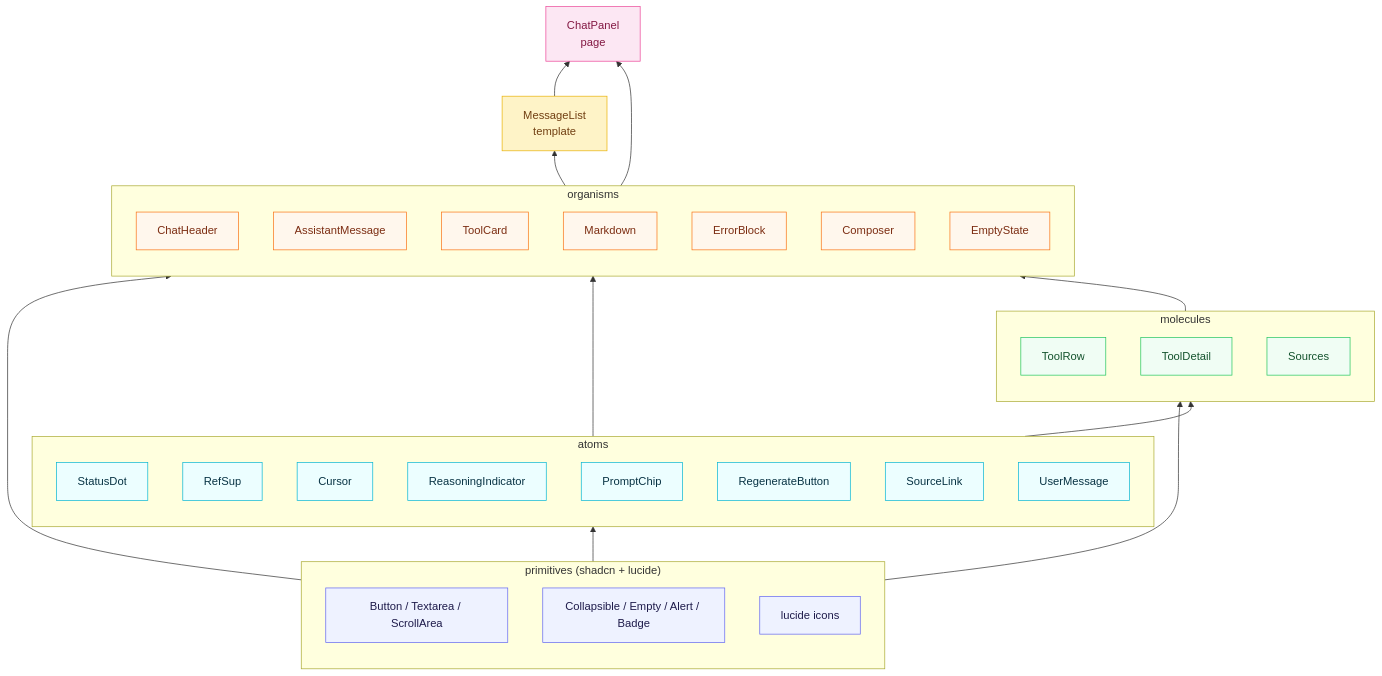
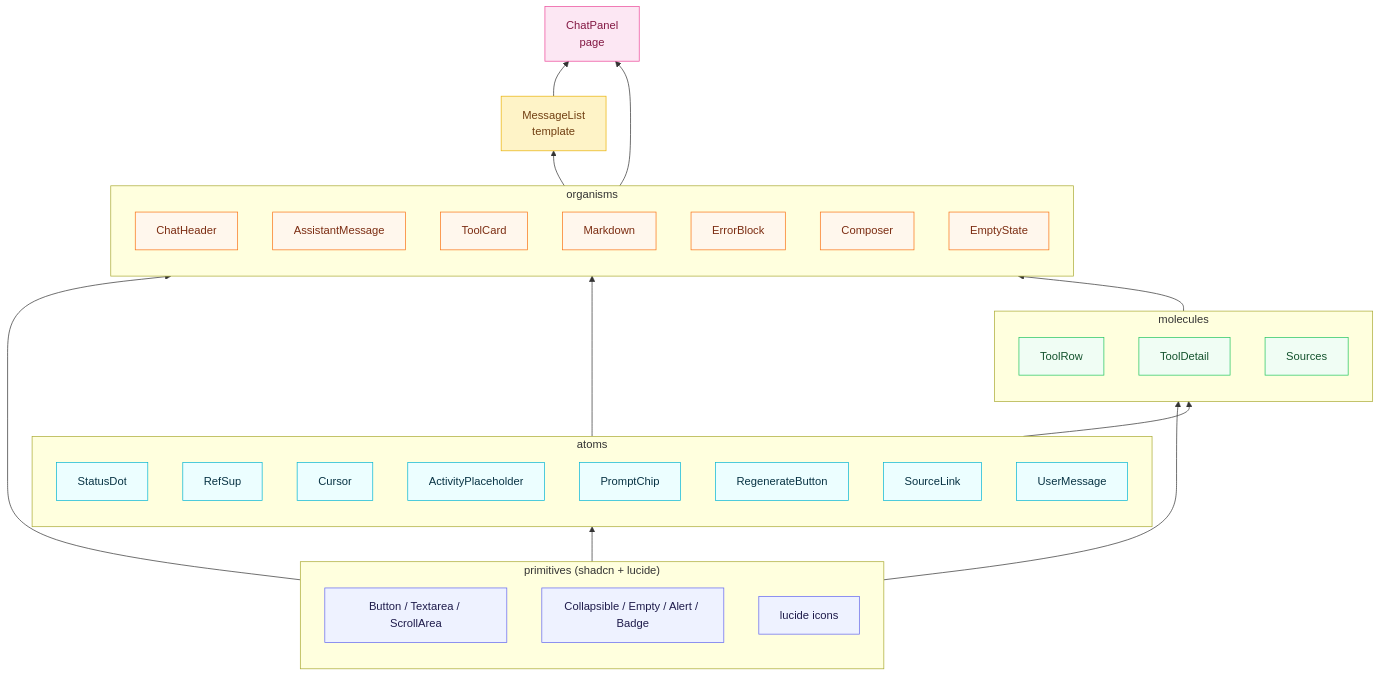
Before and after one commit to wei-yiting/fin-lab-x: the first of 4 diagrams in docs/frontend_chat_architecture.md, drawn with Mermaid. The commit also changed other lines of this file and 39 other files, not shown here.

First line of the commit message:
feat(frontend): reasoning chips + activity placeholder replace 19-state indicator (DEV-106 F6')

````diff
--- a/docs/frontend_chat_architecture.md
+++ b/docs/frontend_chat_architecture.md
@@ -15,62 +15,62 @@
 ```mermaid
 flowchart BT
     subgraph primitives["primitives (shadcn + lucide)"]
         P1[Button / Textarea / ScrollArea]
         P2[Collapsible / Empty / Alert / Badge]
         P3[lucide icons]
     end
 
     subgraph atoms
         StatusDot
         RefSup
         Cursor
-        ReasoningIndicator
+        ActivityPlaceholder
         PromptChip
         RegenerateButton
         SourceLink
         UserMessage
     end
 
     subgraph molecules
         ToolRow
         ToolDetail
         Sources
     end
 
     subgraph organisms
         ChatHeader
         AssistantMessage
         ToolCard
         Markdown
         ErrorBlock
         Composer
         EmptyState
     end
 
     MessageList[MessageList<br/>template]
     ChatPanel[ChatPanel<br/>page]
 
     primitives --> atoms
     primitives --> molecules
     primitives --> organisms
     atoms --> molecules
     atoms --> organisms
     molecules --> organisms
     organisms --> MessageList
     MessageList --> ChatPanel
     organisms --> ChatPanel
 
     classDef primitiveCls fill:#eef2ff,stroke:#6366f1,color:#1e1b4b
     classDef atomCls fill:#ecfeff,stroke:#06b6d4,color:#083344
     classDef moleculeCls fill:#f0fdf4,stroke:#22c55e,color:#14532d
     classDef organismCls fill:#fff7ed,stroke:#f97316,color:#7c2d12
     classDef templateCls fill:#fef3c7,stroke:#eab308,color:#713f12
     classDef pageCls fill:#fce7f3,stroke:#ec4899,color:#831843
 
     class P1,P2,P3 primitiveCls
-    class StatusDot,RefSup,Cursor,ReasoningIndicator,PromptChip,RegenerateButton,SourceLink,UserMessage atomCls
+    class StatusDot,RefSup,Cursor,ActivityPlaceholder,PromptChip,RegenerateButton,SourceLink,UserMessage atomCls
     class ToolRow,ToolDetail,Sources moleculeCls
     class ChatHeader,AssistantMessage,ToolCard,Markdown,ErrorBlock,Composer,EmptyState organismCls
     class MessageList templateCls
     class ChatPanel pageCls
 ```
````
